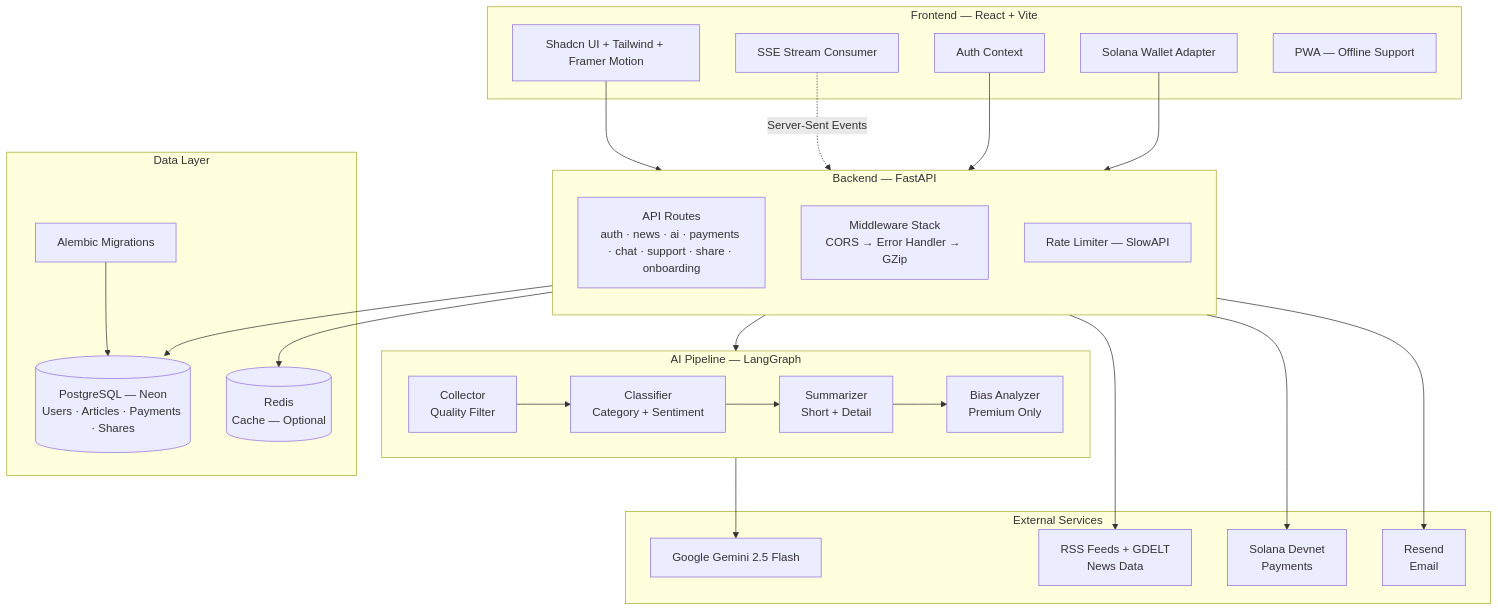
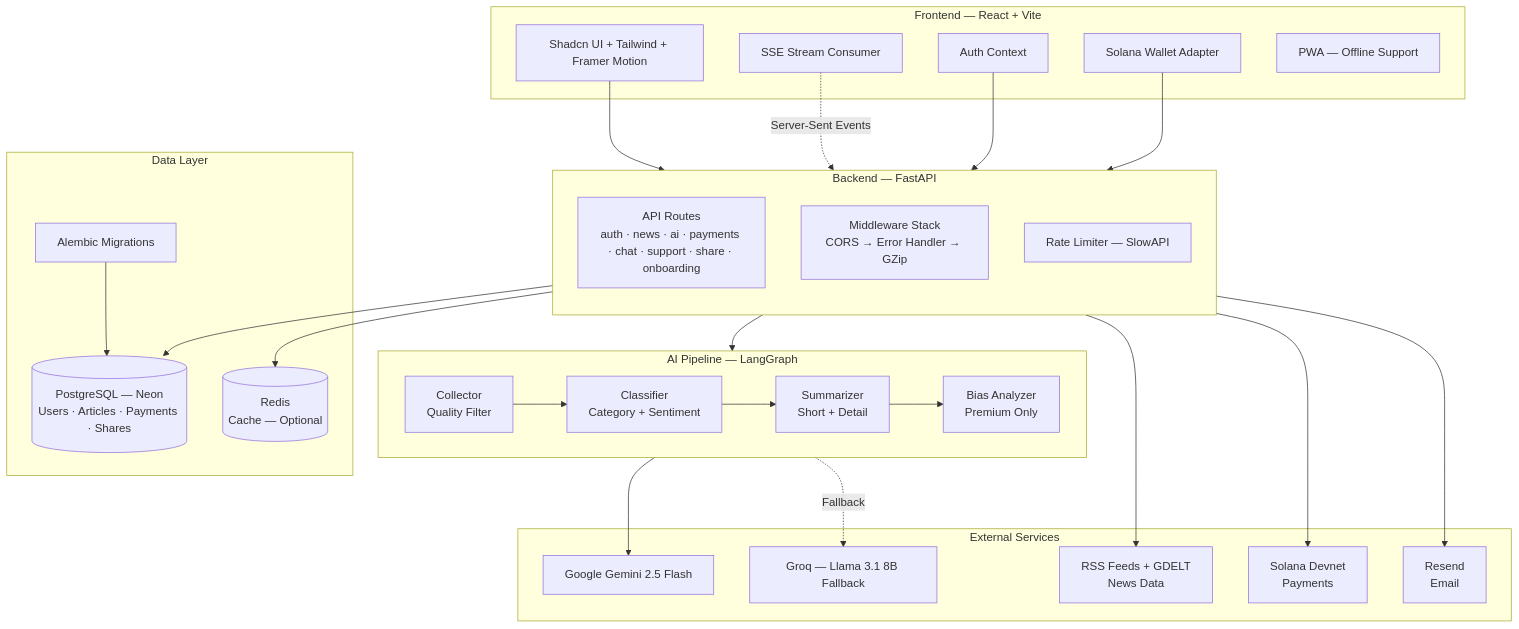
The diagram in README.md (Atharva0506/news-app), drawn with Mermaid before and after one commit. The commit also changed other lines of this file and 8 other files, not shown here.

````diff
--- a/README.md
+++ b/README.md
@@ -21,50 +21,52 @@
 ```mermaid
 graph TB
     subgraph Client["Frontend — React + Vite"]
         UI[Shadcn UI + Tailwind + Framer Motion]
         Auth_FE[Auth Context]
         Wallet[Solana Wallet Adapter]
         SSE[SSE Stream Consumer]
         PWA[PWA — Offline Support]
     end
 
     subgraph API["Backend — FastAPI"]
         direction TB
         Routes[API Routes<br/>auth · news · ai · payments · chat · support · share · onboarding]
         Middleware[Middleware Stack<br/>CORS → Error Handler → GZip]
         RateLimit[Rate Limiter — SlowAPI]
     end
 
     subgraph AI["AI Pipeline — LangGraph"]
         direction LR
         Collector[Collector<br/>Quality Filter] --> Classifier[Classifier<br/>Category + Sentiment]
         Classifier --> Summarizer[Summarizer<br/>Short + Detail]
         Summarizer --> Bias[Bias Analyzer<br/>Premium Only]
     end
 
     subgraph Data["Data Layer"]
         PG[(PostgreSQL — Neon<br/>Users · Articles · Payments · Shares)]
         Redis[(Redis<br/>Cache — Optional)]
         Alembic[Alembic Migrations]
     end
 
     subgraph External["External Services"]
         Gemini[Google Gemini 2.5 Flash]
+        Groq[Groq — Llama 3.1 8B Fallback]
         RSS[RSS Feeds + GDELT<br/>News Data]
         Solana[Solana Devnet<br/>Payments]
         Resend[Resend<br/>Email]
     end
 
     UI --> Routes
     SSE -.->|Server-Sent Events| Routes
     Auth_FE --> Routes
     Wallet --> Routes
     Routes --> AI
     Routes --> PG
     Routes --> Redis
     AI --> Gemini
+    AI -.->|Fallback| Groq
     Routes --> RSS
     Routes --> Solana
     Routes --> Resend
     Alembic --> PG
 ```
````
